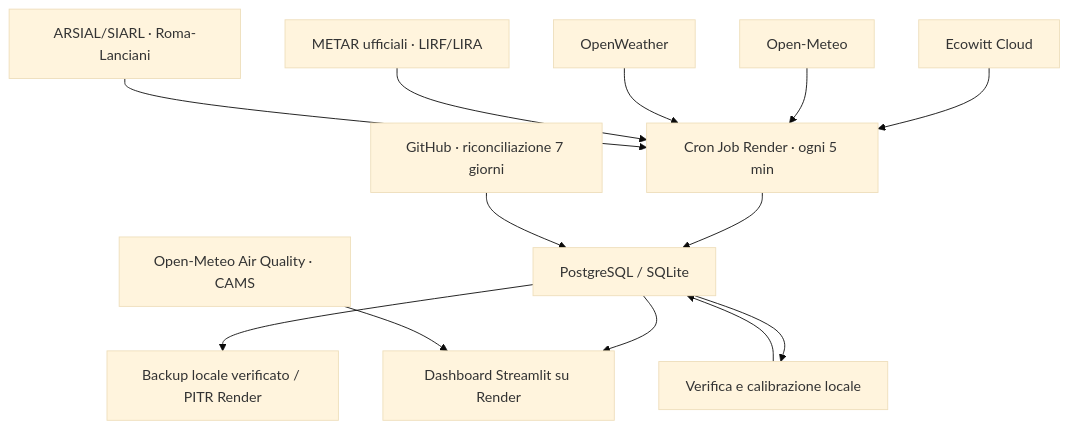
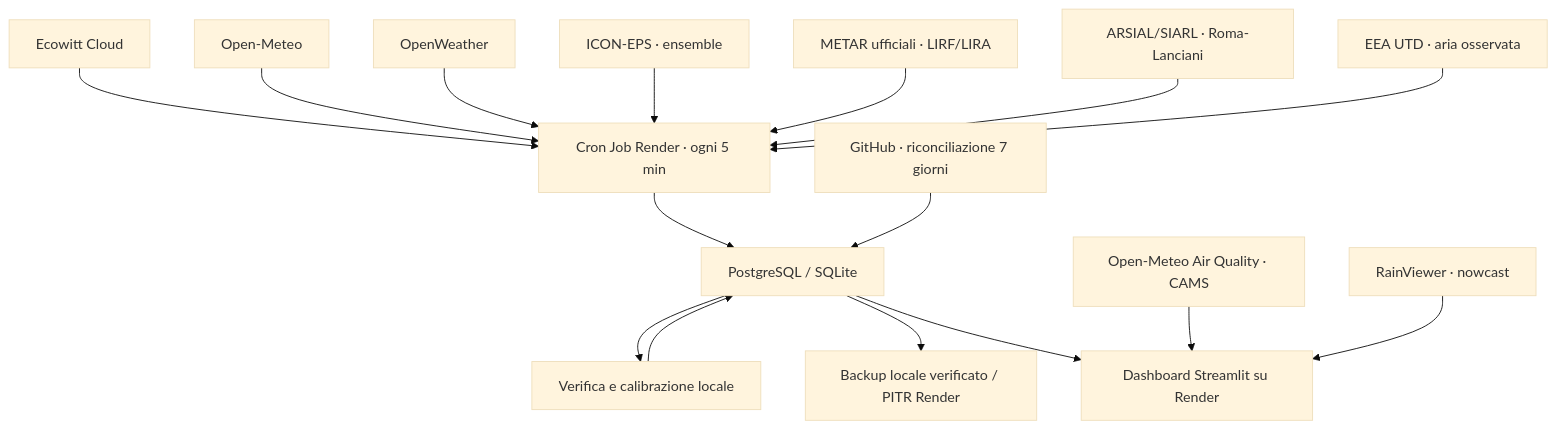
Before and after one commit to gio9772rm/weather-app: the diagram in README.md, drawn with Mermaid (base theme). The commit also changed other lines of this file and 29 other files, not shown here.

First line of the commit message:
Meteo V4.1: esperienza, ensemble, nowcast e aria osservata (#31)

````diff
--- a/README.md
+++ b/README.md
@@ -33,15 +39,18 @@
 ```mermaid
 flowchart TD
   E["Ecowitt Cloud"] --> P["Cron Job Render · ogni 5 min"]
   OM["Open-Meteo"] --> P
   OW["OpenWeather"] --> P
+  ENS["ICON-EPS · ensemble"] --> P
   METAR["METAR ufficiali · LIRF/LIRA"] --> P
   ARSIAL["ARSIAL/SIARL · Roma-Lanciani"] --> P
+  EEA["EEA UTD · aria osservata"] --> P
   P --> DB["PostgreSQL / SQLite"]
   GH["GitHub · riconciliazione 7 giorni"] --> DB
   DB --> BK["Backup locale verificato / PITR Render"]
   DB --> UI["Dashboard Streamlit su Render"]
   AIR["Open-Meteo Air Quality · CAMS"] --> UI
+  RV["RainViewer · nowcast"] --> UI
   DB --> Q["Verifica e calibrazione locale"]
   Q --> DB
 ```
````
